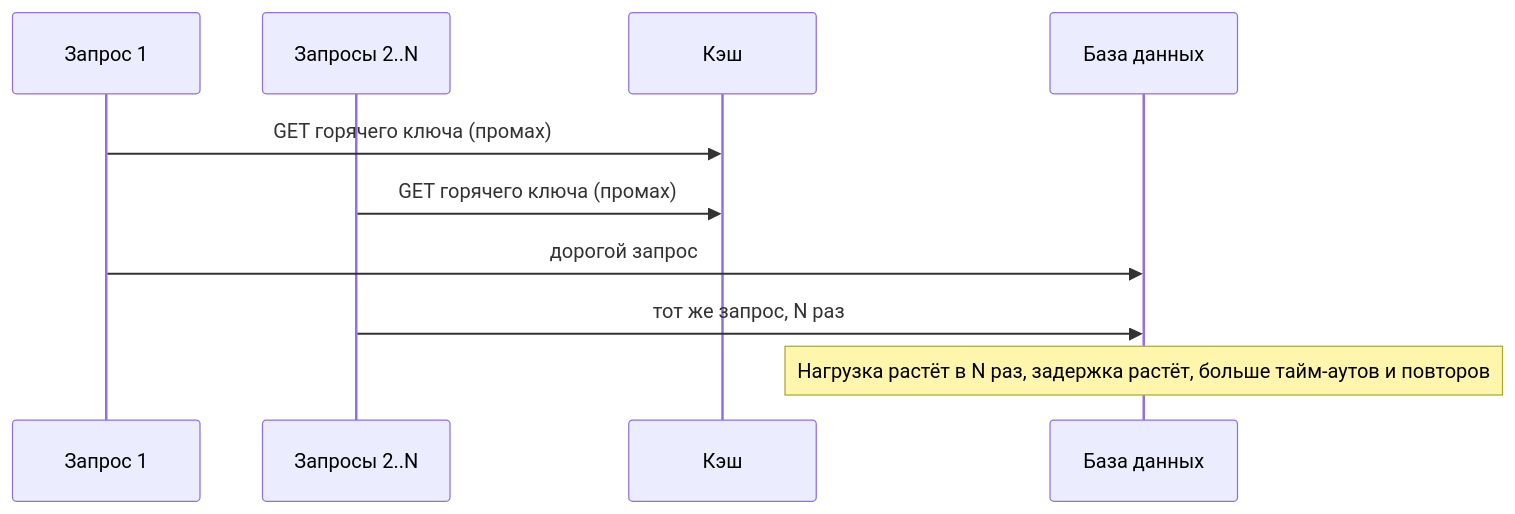
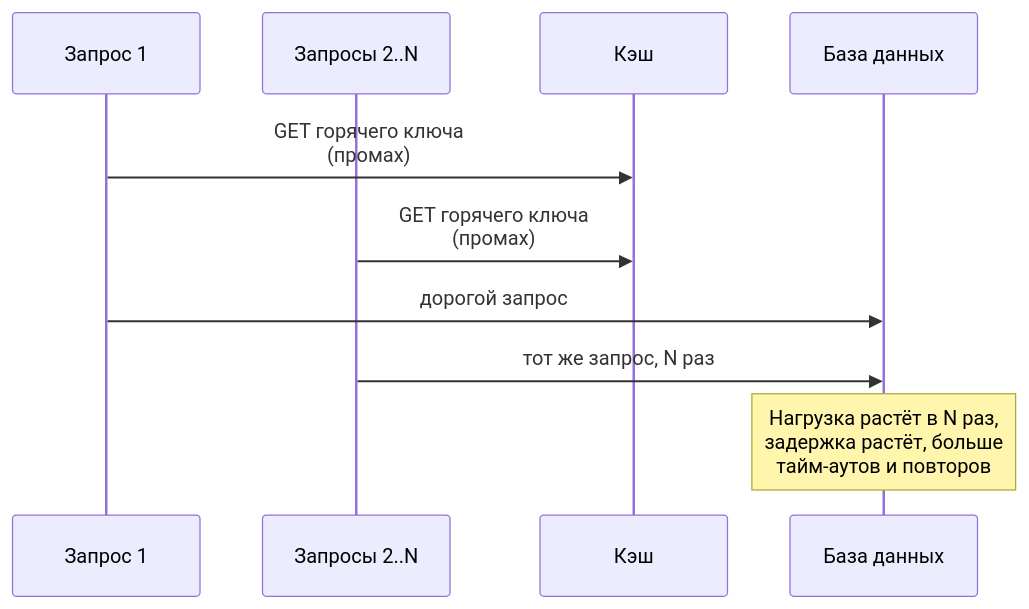
The sixth of 7 diagrams in src/content/docs/ru/caching/cache-strategies.mdx (butyavk/system-design), drawn with Mermaid before and after one commit. The commit also changed other lines of this file and 144 other files, not shown here.

````diff
--- a/src/content/docs/ru/caching/cache-strategies.mdx
+++ b/src/content/docs/ru/caching/cache-strategies.mdx
@@ -239,12 +240,12 @@
 ```mermaid
 sequenceDiagram
   participant R1 as Запрос 1
   participant R2 as Запросы 2..N
   participant C as Кэш
   participant D as База данных
-  R1->>C: GET горячего ключа (промах)
-  R2->>C: GET горячего ключа (промах)
+  R1->>C: GET горячего ключа<br/>(промах)
+  R2->>C: GET горячего ключа<br/>(промах)
   R1->>D: дорогой запрос
   R2->>D: тот же запрос, N раз
-  Note over D: Нагрузка растёт в N раз, задержка растёт, больше тайм-аутов и повторов
+  Note over D: Нагрузка растёт в N раз,<br/>задержка растёт, больше<br/>тайм-аутов и повторов
 ```
````
